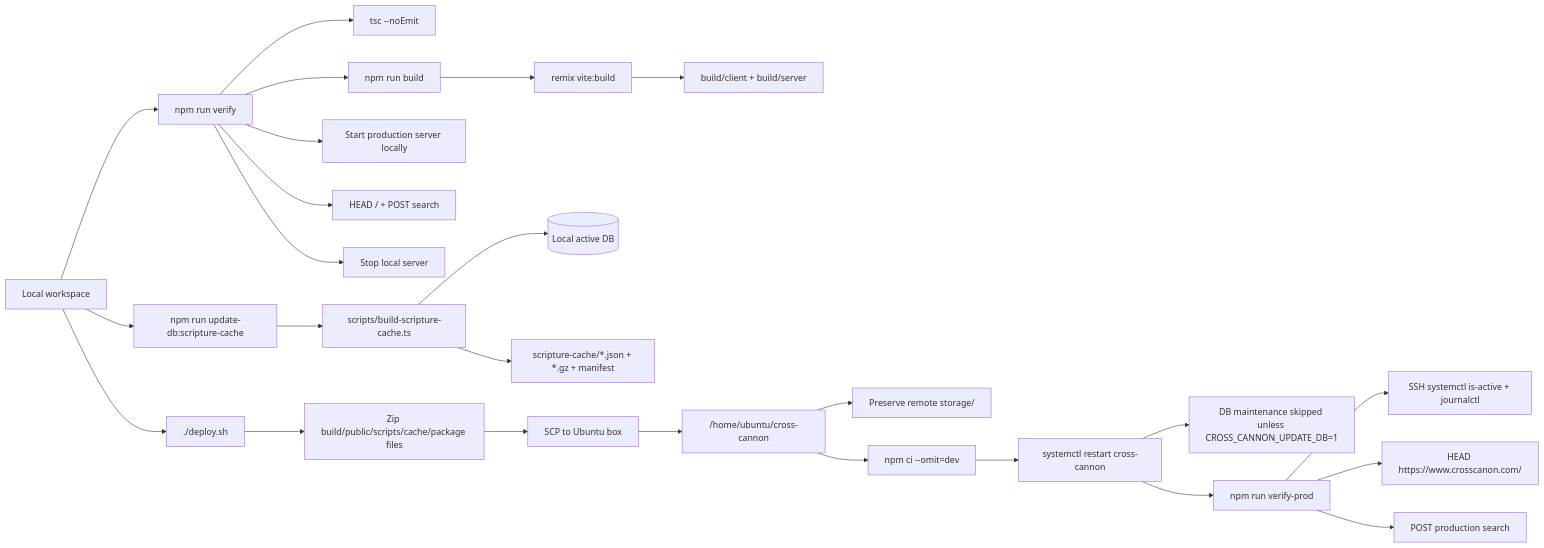
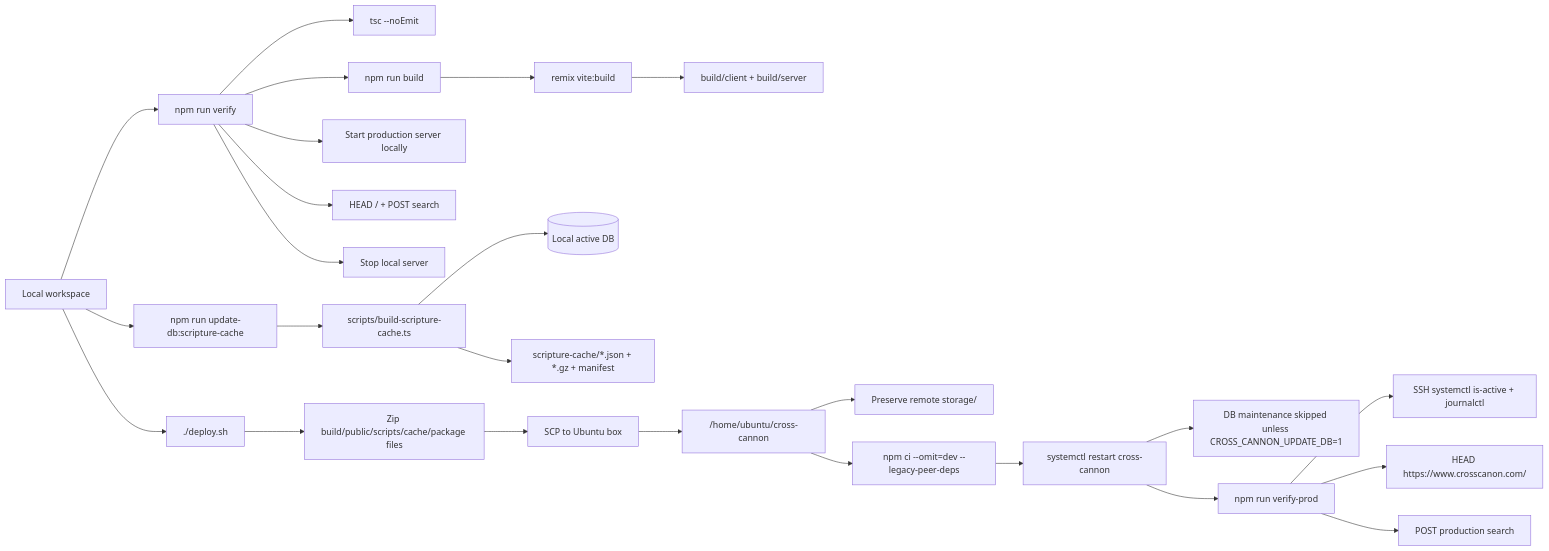
Before and after one commit to jacksonStone/cross-cannon: the fifth of 5 diagrams in docs/architecture.md, drawn with Mermaid. The commit also changed other lines of this file and 21 other files, not shown here.

````diff
--- a/docs/architecture.md
+++ b/docs/architecture.md
@@ -158,31 +165,31 @@
 ```mermaid
 flowchart LR
   Dev[Local workspace] --> Verify[npm run verify]
   Verify --> Typecheck[tsc --noEmit]
   Verify --> Build[npm run build]
   Verify --> LocalServer[Start production server locally]
   Verify --> LocalSmoke["HEAD / + POST search"]
   Verify --> StopServer[Stop local server]
 
   Build --> RemixBuild["remix vite:build"]
   RemixBuild --> BuildDir["build/client + build/server"]
 
   Dev --> UpdateDbCache["npm run update-db:scripture-cache"]
   UpdateDbCache --> CacheScript["scripts/build-scripture-cache.ts"]
   CacheScript --> DB[("Local active DB")]
   CacheScript --> CacheArtifacts["scripture-cache/*.json + *.gz + manifest"]
 
   Dev --> Deploy["./deploy.sh"]
   Deploy --> Package["Zip build/public/scripts/cache/package files"]
   Package --> SCP[SCP to Ubuntu box]
   SCP --> Remote["/home/ubuntu/cross-cannon"]
   Remote --> PreserveStorage["Preserve remote storage/"]
-  Remote --> NpmCi[npm ci --omit=dev]
+  Remote --> NpmCi[npm ci --omit=dev --legacy-peer-deps]
   NpmCi --> Restart[systemctl restart cross-cannon]
   Restart --> RuntimeDbGuard["DB maintenance skipped unless CROSS_CANNON_UPDATE_DB=1"]
 
   Restart --> VerifyProd[npm run verify-prod]
   VerifyProd --> Systemd[SSH systemctl is-active + journalctl]
   VerifyProd --> LiveHead["HEAD https://www.crosscanon.com/"]
   VerifyProd --> LivePost[POST production search]
 ```
````
